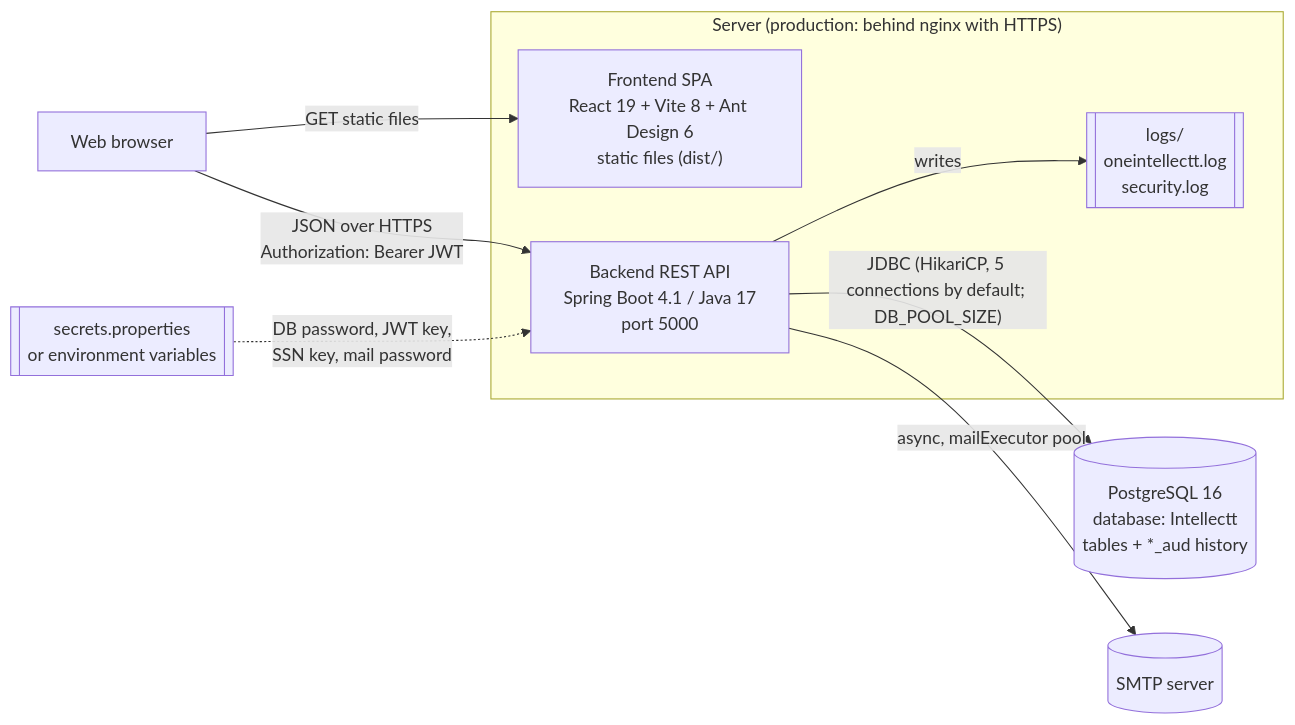
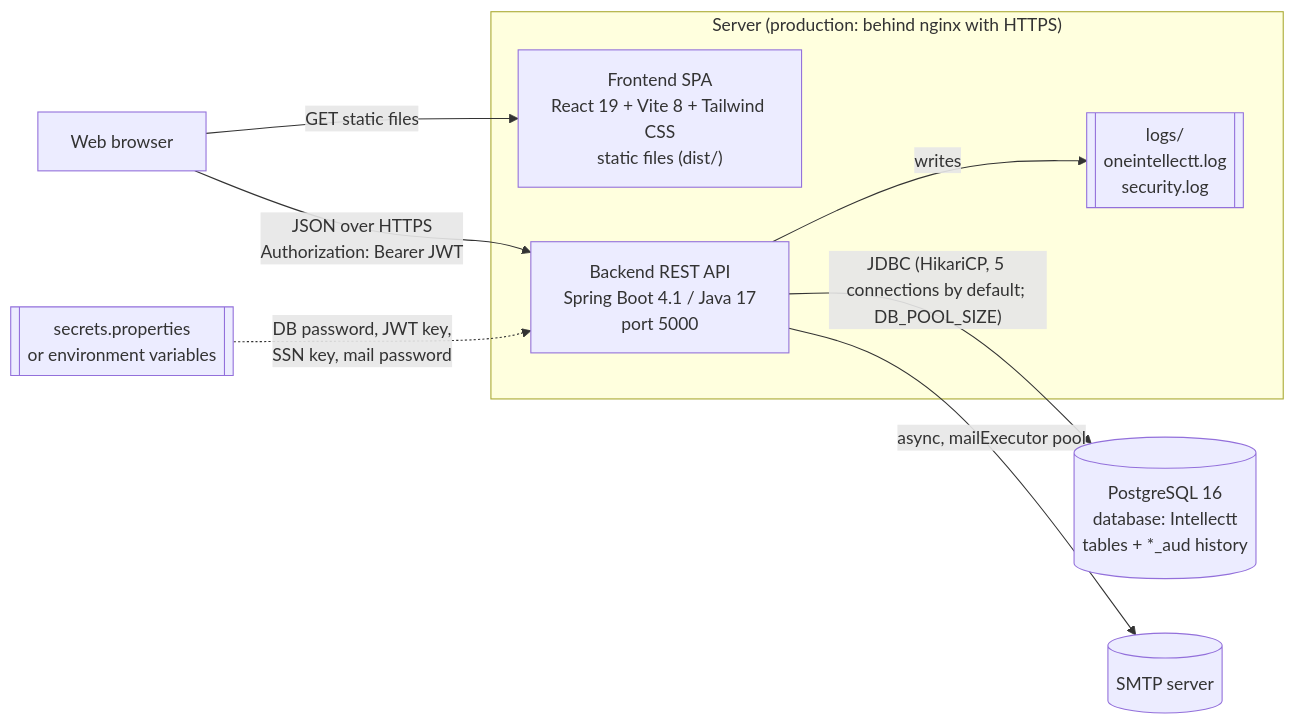
Before and after one commit to Yatish-7/Candidate-OnBoarding-Portal: the second of 10 diagrams in OneIntellectt/docs/ARCHITECTURE.md, drawn with Mermaid. The commit also changed other lines of this file and 69 other files, not shown here.

````diff
--- a/OneIntellectt/docs/ARCHITECTURE.md
+++ b/OneIntellectt/docs/ARCHITECTURE.md
@@ -46,19 +46,19 @@
 ```mermaid
 flowchart LR
     B["Web browser"]
     subgraph Server["Server (production: behind nginx with HTTPS)"]
-        FE["Frontend SPA<br/>React 19 + Vite 8 + Ant Design 6<br/>static files (dist/)"]
+        FE["Frontend SPA<br/>React 19 + Vite 8 + Tailwind CSS<br/>static files (dist/)"]
         API["Backend REST API<br/>Spring Boot 4.1 / Java 17<br/>port 5000"]
         LOG[["logs/<br/>oneintellectt.log<br/>security.log"]]
     end
     DB[("PostgreSQL 16<br/>database: Intellectt<br/>tables + *_aud history")]
     SMTP[("SMTP server")]
     SEC[["secrets.properties<br/>or environment variables"]]
 
     B -- "GET static files" --> FE
     B -- "JSON over HTTPS<br/>Authorization: Bearer JWT" --> API
     API -- "JDBC (HikariCP, 5 connections by default; DB_POOL_SIZE)" --> DB
     API -- "async, mailExecutor pool" --> SMTP
     API -- writes --> LOG
     SEC -. "DB password, JWT key,<br/>SSN key, mail password" .-> API
 ```
````
